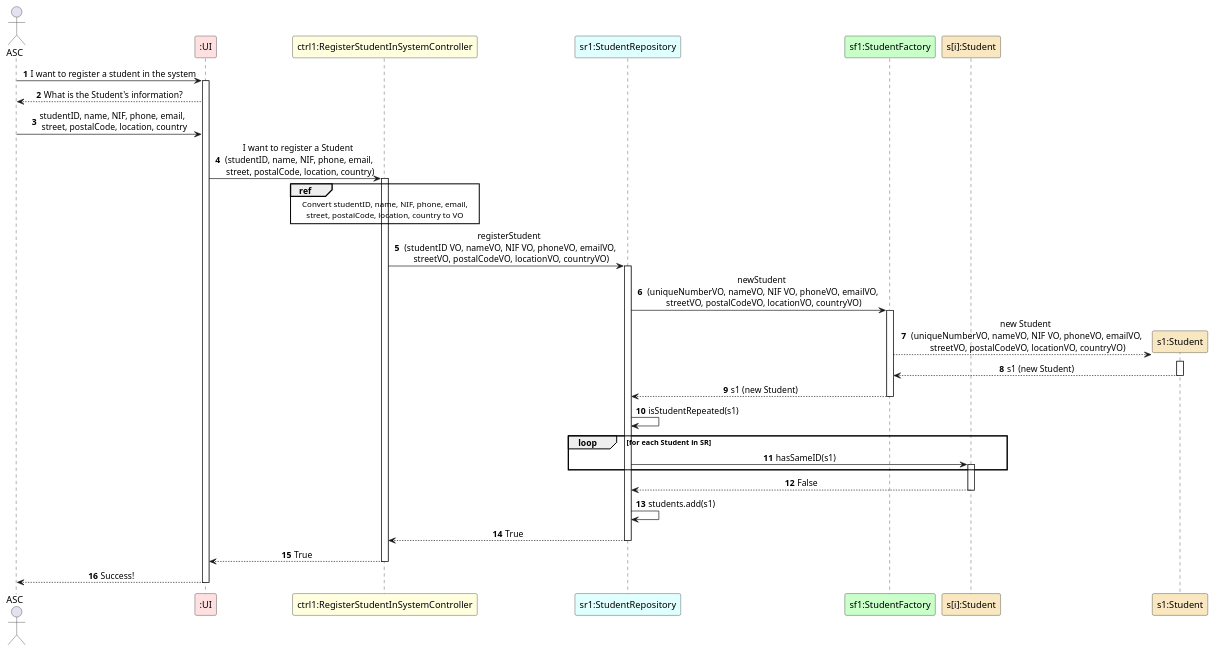
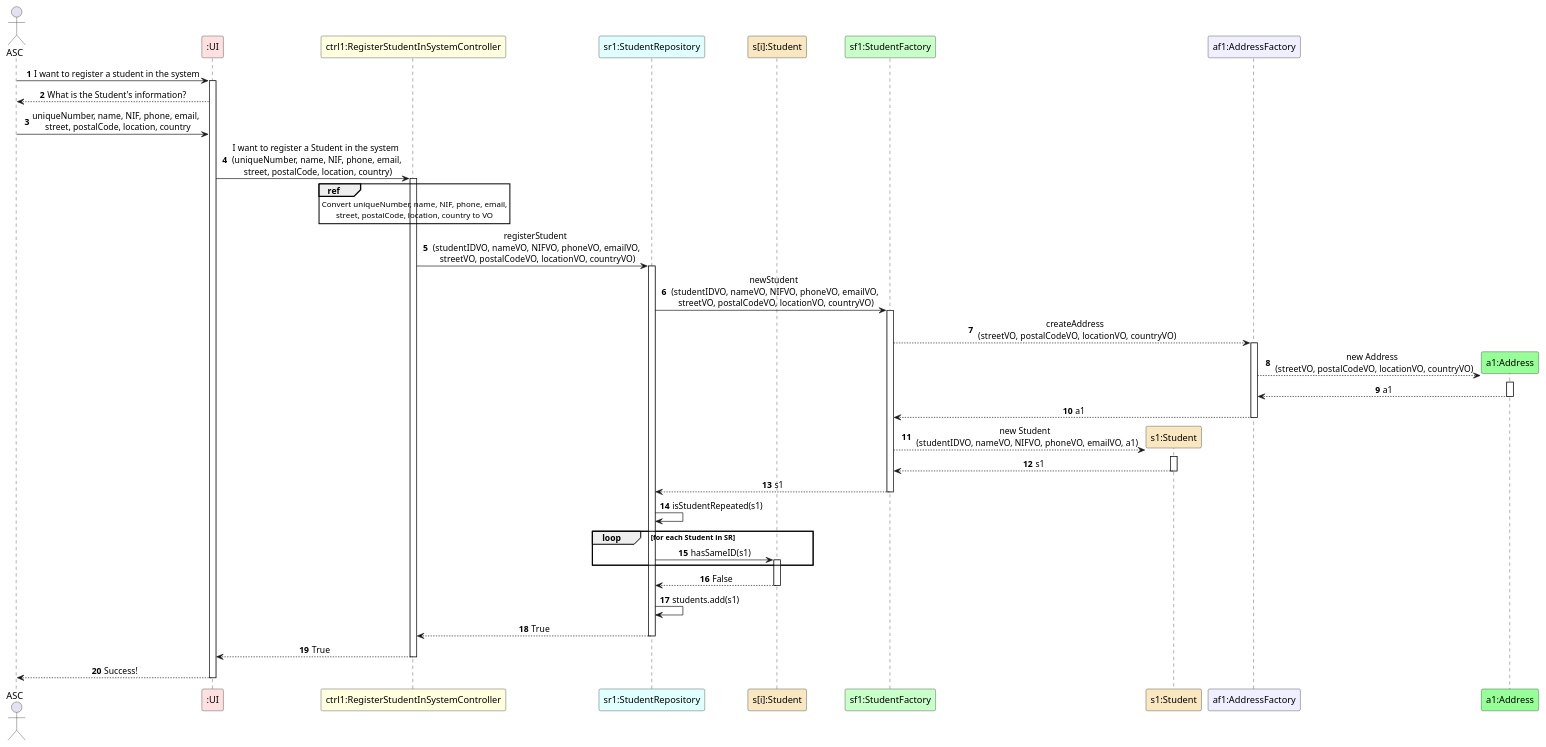
One commit to GasparISEP/DevOps-PAI changed the diagram in docs/US08/US08_DDD_RegisterStudentInSystem.puml. Above: the diagram before and after it, drawn with PlantUML.

Commit message:
Fixes #83: Made changes to US08 Sequence Diagram

```diff
--- a/docs/US08/US08_DDD_RegisterStudentInSystem.puml
+++ b/docs/US08/US08_DDD_RegisterStudentInSystem.puml
@@ -1,57 +1,69 @@
 @startuml
 autonumber
 skinparam sequenceMessageAlign center
 
 
 actor ASC
 participant ":UI" as UI #implementation
 participant "ctrl1:RegisterStudentInSystemController" as ctrl #lightyellow
 participant "sr1:StudentRepository" as SR #lightcyan
+participant "s[i]:Student" as Student #strategy
 participant "sf1:StudentFactory" as SF #technology
-participant "s[i]:Student" as Student #strategy
 participant "s1:Student" as s1 #strategy
+participant "af1:AddressFactory" as AF #motivation
+participant "a1:Address" as A #physical
 
 ASC -> UI: I want to register a student in the system
 activate UI
 UI --> ASC: What is the Student's information?
-ASC -> UI: studentID, name, NIF, phone, email, \n street, postalCode, location, country
+ASC -> UI: uniqueNumber, name, NIF, phone, email, \n street, postalCode, location, country
 
-UI -> ctrl: I want to register a Student \n (studentID, name, NIF, phone, email, \n street, postalCode, location, country)
+UI -> ctrl: I want to register a Student in the system \n (uniqueNumber, name, NIF, phone, email, \n street, postalCode, location, country)
 activate ctrl
 ref over ctrl
-    Convert studentID, name, NIF, phone, email,
+    Convert uniqueNumber, name, NIF, phone, email,
     street, postalCode, location, country to VO
 end ref
 
-ctrl -> SR: registerStudent \n (studentID VO, nameVO, NIF VO, phoneVO, emailVO, \n streetVO, postalCodeVO, locationVO, countryVO)
-
+ctrl -> SR: registerStudent \n (studentIDVO, nameVO, NIFVO, phoneVO, emailVO, \n streetVO, postalCodeVO, locationVO, countryVO)
 activate SR
 
-SR -> SF: newStudent \n (uniqueNumberVO, nameVO, NIF VO, phoneVO, emailVO, \n streetVO, postalCodeVO, locationVO, countryVO)
+SR -> SF: newStudent \n (studentIDVO, nameVO, NIFVO, phoneVO, emailVO, \n streetVO, postalCodeVO, locationVO, countryVO)
 activate SF
-SF --> s1**: new Student \n (uniqueNumberVO, nameVO, NIF VO, phoneVO, emailVO, \n streetVO, postalCodeVO, locationVO, countryVO)
+
+SF --> AF: createAddress \n (streetVO, postalCodeVO, locationVO, countryVO)
+activate AF
+
+AF --> A**: new Address \n (streetVO, postalCodeVO, locationVO, countryVO)
+activate A
+A --> AF: a1
+deactivate A
+
+AF --> SF: a1
+deactivate AF
+SF --> s1**: new Student \n (studentIDVO, nameVO, NIFVO, phoneVO, emailVO, a1)
 activate s1
-s1 --> SF: s1 (new Student)
+s1 --> SF: s1
 deactivate s1
-SF --> SR: s1 (new Student)
+SF --> SR: s1
 deactivate SF
 
 SR -> SR : isStudentRepeated(s1)
 
 loop for each Student in SR
     SR -> Student: hasSameID(s1)
     activate Student
 end
 
 Student --> SR : False
 deactivate Student
 
 SR -> SR: students.add(s1)
 SR --> ctrl: True
 deactivate SR
 ctrl --> UI: True
 deactivate ctrl
 UI --> ASC: Success!
 deactivate UI
 
 @enduml
```
